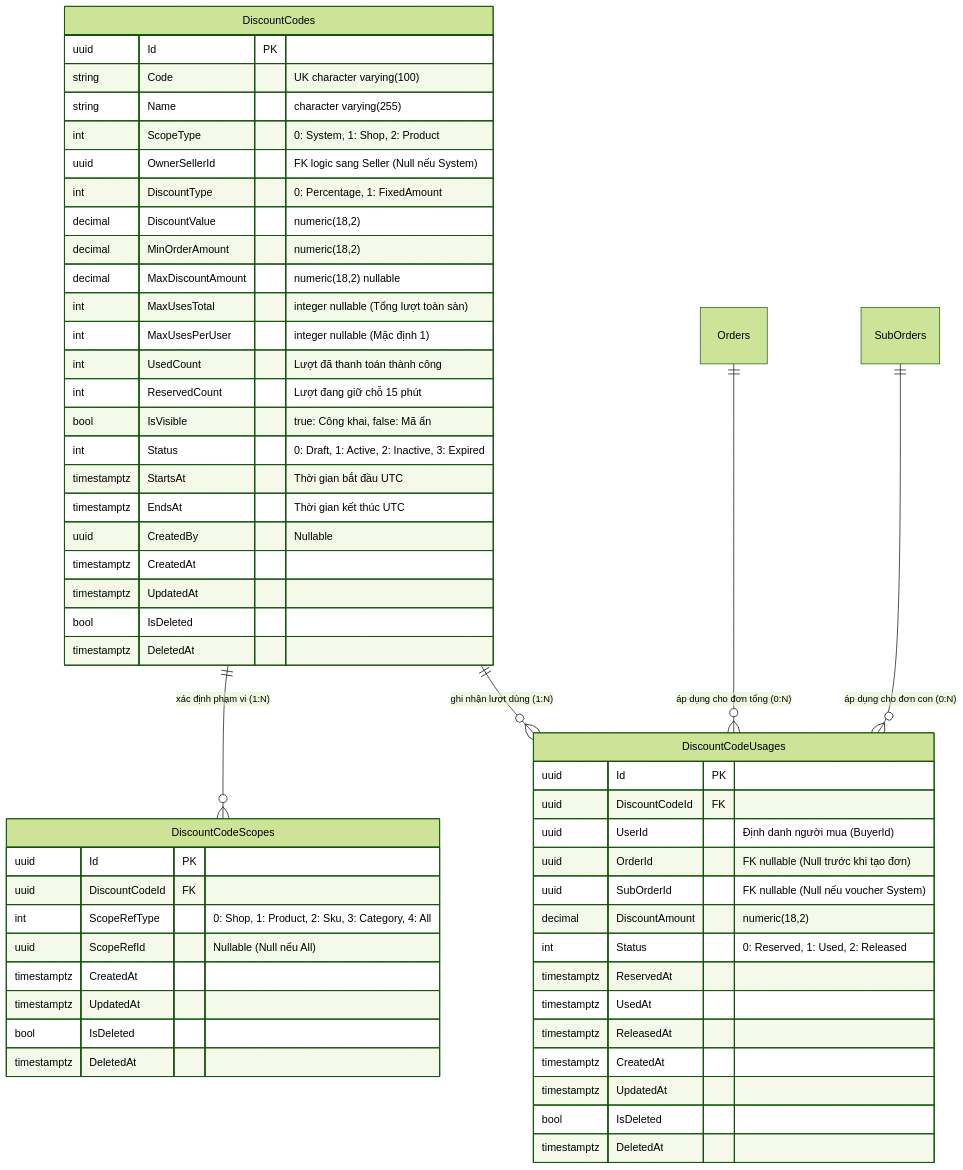
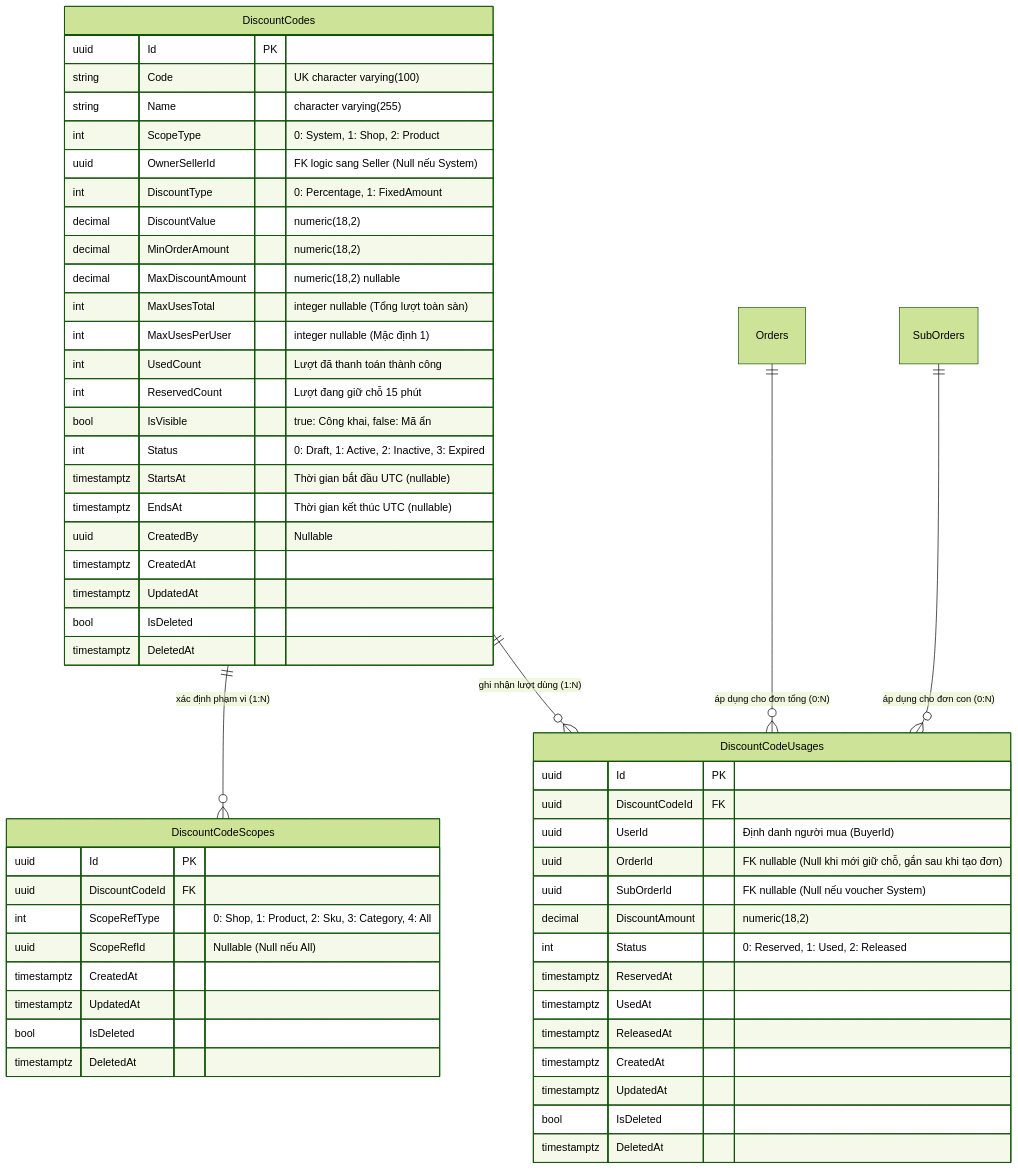
One commit to Nexus-Be/CommerceService changed the diagram in specs/024-voucher-and-promotion-allocation-engine/spec.md. Above: the diagram before and after it, drawn with Mermaid (forest theme). The commit also changed other lines of this file and 63 other files, not shown here.

````diff
--- a/specs/024-voucher-and-promotion-allocation-engine/spec.md
+++ b/specs/024-voucher-and-promotion-allocation-engine/spec.md
@@ -50,60 +57,60 @@
 ```mermaid
 erDiagram
     DiscountCodes ||--o{ DiscountCodeScopes : "xác định phạm vi (1:N)"
     DiscountCodes ||--o{ DiscountCodeUsages : "ghi nhận lượt dùng (1:N)"
     Orders ||--o{ DiscountCodeUsages : "áp dụng cho đơn tổng (0:N)"
     SubOrders ||--o{ DiscountCodeUsages : "áp dụng cho đơn con (0:N)"
 
     DiscountCodes {
         uuid Id PK
         string Code "UK character varying(100)"
         string Name "character varying(255)"
         int ScopeType "0: System, 1: Shop, 2: Product"
         uuid OwnerSellerId "FK logic sang Seller (Null nếu System)"
         int DiscountType "0: Percentage, 1: FixedAmount"
         decimal DiscountValue "numeric(18,2)"
         decimal MinOrderAmount "numeric(18,2)"
         decimal MaxDiscountAmount "numeric(18,2) nullable"
         int MaxUsesTotal "integer nullable (Tổng lượt toàn sàn)"
         int MaxUsesPerUser "integer nullable (Mặc định 1)"
         int UsedCount "Lượt đã thanh toán thành công"
         int ReservedCount "Lượt đang giữ chỗ 15 phút"
         bool IsVisible "true: Công khai, false: Mã ẩn"
         int Status "0: Draft, 1: Active, 2: Inactive, 3: Expired"
-        timestamptz StartsAt "Thời gian bắt đầu UTC"
-        timestamptz EndsAt "Thời gian kết thúc UTC"
+        timestamptz StartsAt "Thời gian bắt đầu UTC (nullable)"
+        timestamptz EndsAt "Thời gian kết thúc UTC (nullable)"
         uuid CreatedBy "Nullable"
         timestamptz CreatedAt
         timestamptz UpdatedAt
         bool IsDeleted
         timestamptz DeletedAt
     }
 
     DiscountCodeScopes {
         uuid Id PK
         uuid DiscountCodeId FK
         int ScopeRefType "0: Shop, 1: Product, 2: Sku, 3: Category, 4: All"
         uuid ScopeRefId "Nullable (Null nếu All)"
         timestamptz CreatedAt
         timestamptz UpdatedAt
         bool IsDeleted
         timestamptz DeletedAt
     }
 
     DiscountCodeUsages {
         uuid Id PK
         uuid DiscountCodeId FK
         uuid UserId "Định danh người mua (BuyerId)"
-        uuid OrderId "FK nullable (Null trước khi tạo đơn)"
+        uuid OrderId "FK nullable (Null khi mới giữ chỗ, gắn sau khi tạo đơn)"
         uuid SubOrderId "FK nullable (Null nếu voucher System)"
         decimal DiscountAmount "numeric(18,2)"
         int Status "0: Reserved, 1: Used, 2: Released"
         timestamptz ReservedAt
         timestamptz UsedAt
         timestamptz ReleasedAt
         timestamptz CreatedAt
         timestamptz UpdatedAt
         bool IsDeleted
         timestamptz DeletedAt
     }
 ```
````
